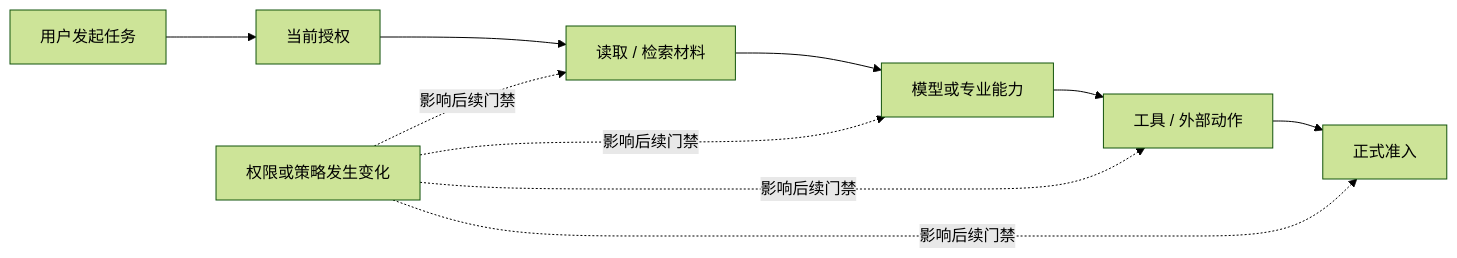
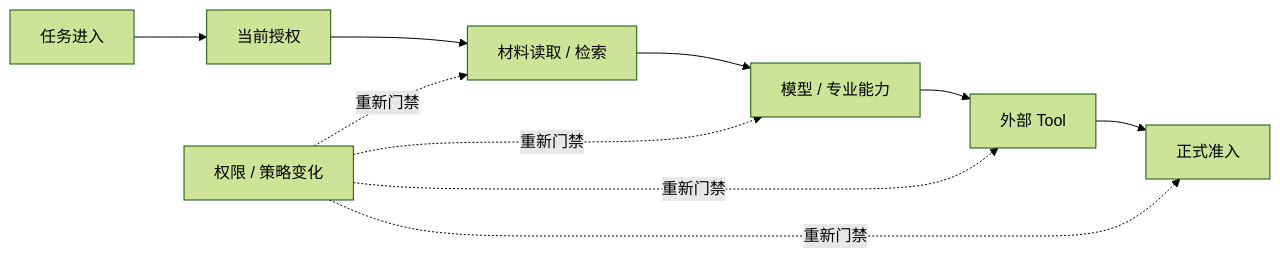
Before and after one commit to ProfessorZhi/Zuno: the diagram in docs/modules/08-security-governance.md, drawn with Mermaid (forest theme). The commit also changed other lines of this file, not shown here.

````diff
--- a/docs/modules/08-security-governance.md
+++ b/docs/modules/08-security-governance.md
@@ -21,12 +19,12 @@
 ```mermaid
 flowchart LR
-  I[用户发起任务] --> A1[当前授权]
-  A1 --> R[读取 / 检索材料]
-  R --> M[模型或专业能力]
-  M --> T[工具 / 外部动作]
+  I[任务进入] --> A[当前授权]
+  A --> K[材料读取 / 检索]
+  K --> M[模型 / 专业能力]
+  M --> T[外部 Tool]
   T --> D[正式准入]
-  A2[权限或策略发生变化] -.影响后续门禁.-> R
-  A2 -.影响后续门禁.-> M
-  A2 -.影响后续门禁.-> T
-  A2 -.影响后续门禁.-> D
+  P[权限 / 策略变化] -.重新门禁.-> K
+  P -.重新门禁.-> M
+  P -.重新门禁.-> T
+  P -.重新门禁.-> D
 ```
````
